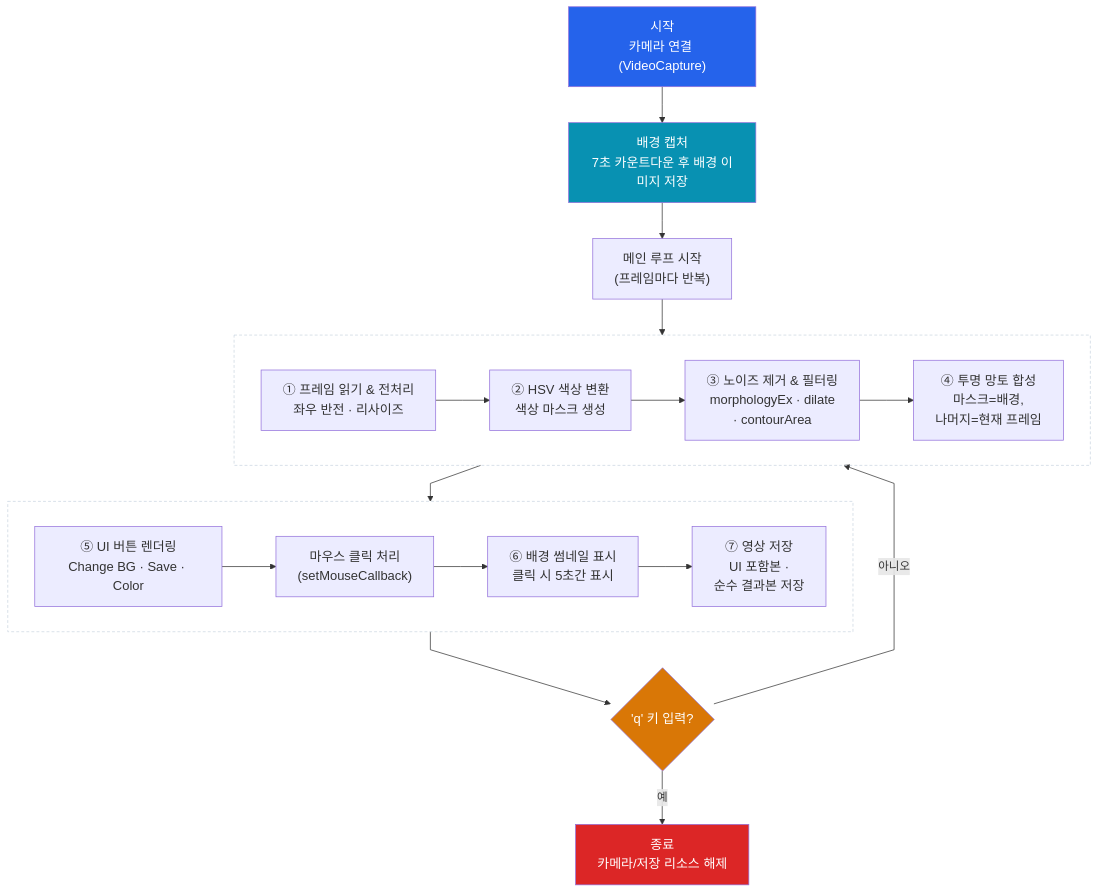
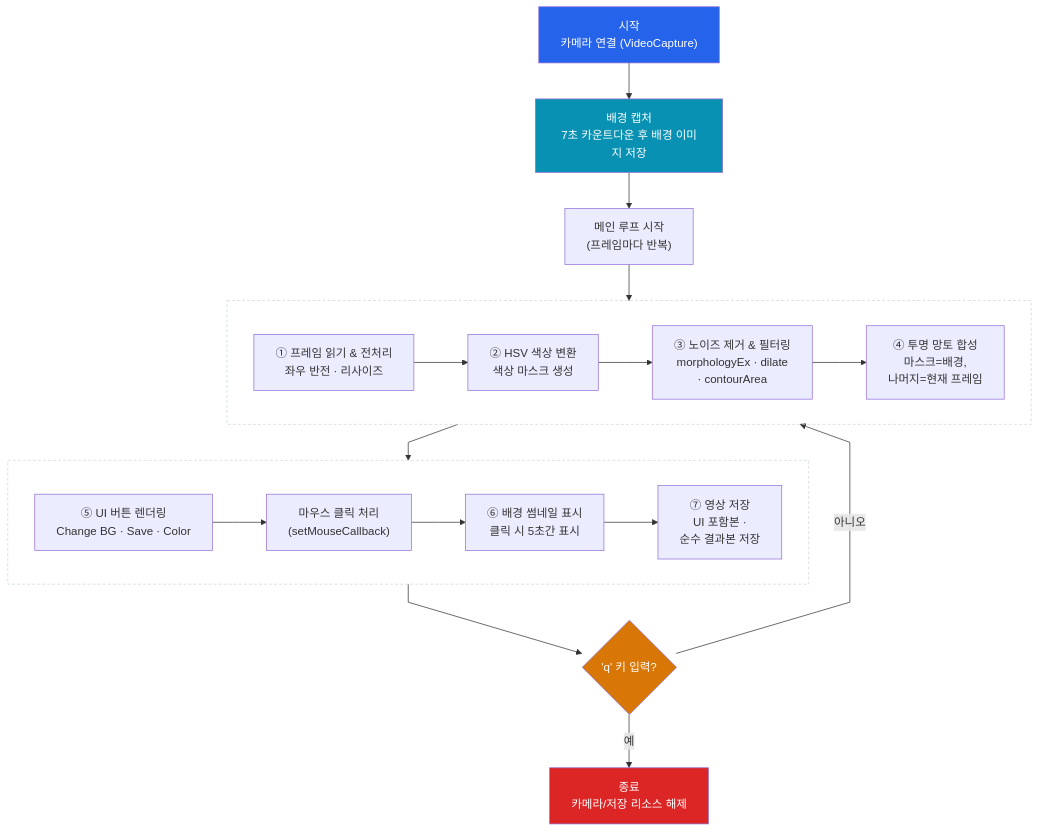
Before and after one commit to 2101080JUNGJINYOUNG/OpenCV-Invisibility-Cloak: the diagram in README.md, drawn with Mermaid.

````diff
--- a/README.md
+++ b/README.md
@@ -15,35 +15,32 @@
 ```mermaid
 %%{init: {"flowchart": {"curve": "linear"}} }%%
 flowchart TD
     A["시작<br/>카메라 연결 (VideoCapture)"] --> B["배경 캡처<br/>7초 카운트다운 후 배경 이미지 저장"]
     B --> C["메인 루프 시작<br/>(프레임마다 반복)"]
 
     subgraph ROW2[" "]
         direction LR
         C5["⑤ UI 버튼 렌더링<br/>Change BG · Save · Color"] --> C6["마우스 클릭 처리<br/>(setMouseCallback)"]
         C6 --> C7["⑥ 배경 썸네일 표시<br/>클릭 시 5초간 표시"]
         C7 --> C8["⑦ 영상 저장<br/>UI 포함본 ·<br/>순수 결과본 저장"]
     end
     subgraph ROW1[" "]
         direction LR
         C1["① 프레임 읽기 & 전처리<br/>좌우 반전 · 리사이즈"] --> C2["② HSV 색상 변환<br/>색상 마스크 생성"]
         C2 --> C3["③ 노이즈 제거 & 필터링<br/>morphologyEx · dilate<br/>· contourArea"]
         C3 --> C4["④ 투명 망토 합성<br/>마스크=배경,<br/>나머지=현재 프레임"]
     end
 
     C --> ROW1
     ROW1 --> ROW2
     ROW2 --> D{"'q' 키 입력?"}
     D -- 아니오 --> ROW1
     D -- 예 --> E["종료<br/>카메라/저장 리소스 해제"]
 
     style A fill:#2563eb,color:#fff
     style E fill:#dc2626,color:#fff
     style B fill:#0891b2,color:#fff
     style D fill:#d97706,color:#fff
     style ROW1 fill:transparent,stroke:#cbd5e1,stroke-dasharray: 4 3
     style ROW2 fill:transparent,stroke:#cbd5e1,stroke-dasharray: 4 3
-
-    classDef bigtxt font-size:18px;
-    class A,B,C,C1,C2,C3,C4,C5,C6,C7,C8,D,E bigtxt;
 ```
````
